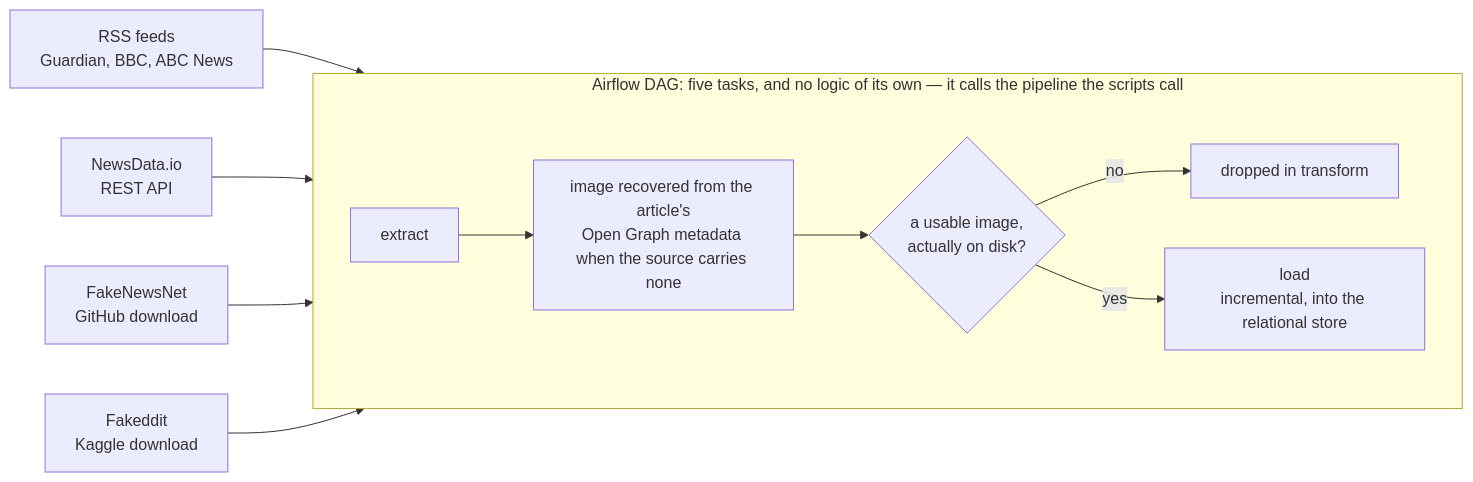
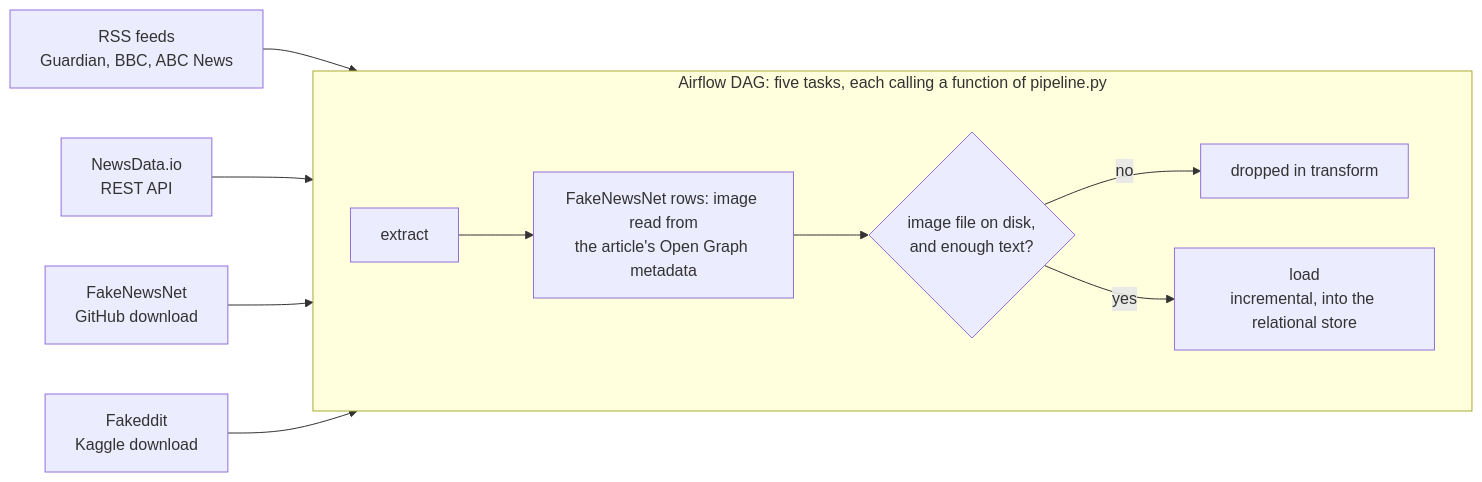
The diagram in README.md (BenoitJT-GIRARD/multimodal-etl-airflow), drawn with Mermaid before and after one commit. The commit also changed other lines of this file and 8 other files, not shown here.

````diff
--- a/README.md
+++ b/README.md
@@ -53,15 +57,15 @@
 ```mermaid
 flowchart LR
     RSS["RSS feeds<br/>Guardian, BBC, ABC News"] --> EX
     API["NewsData.io<br/>REST API"] --> EX
     FNN["FakeNewsNet<br/>GitHub download"] --> EX
     FKD["Fakeddit<br/>Kaggle download"] --> EX
 
-    subgraph DAG["Airflow DAG: five tasks, and no logic of its own — it calls the pipeline the scripts call"]
+    subgraph DAG["Airflow DAG: five tasks, each calling a function of pipeline.py"]
         direction LR
-        EX["extract"] --> OG["image recovered from the article's<br/>Open Graph metadata when the source carries none"]
-        OG --> GATE{"a usable image,<br/>actually on disk?"}
+        EX["extract"] --> OG["FakeNewsNet rows: image read from<br/>the article's Open Graph metadata"]
+        OG --> GATE{"image file on disk,<br/>and enough text?"}
         GATE -->|"no"| DROP["dropped in transform"]
         GATE -->|"yes"| LOAD["load<br/>incremental, into the relational store"]
     end
 ```
````
